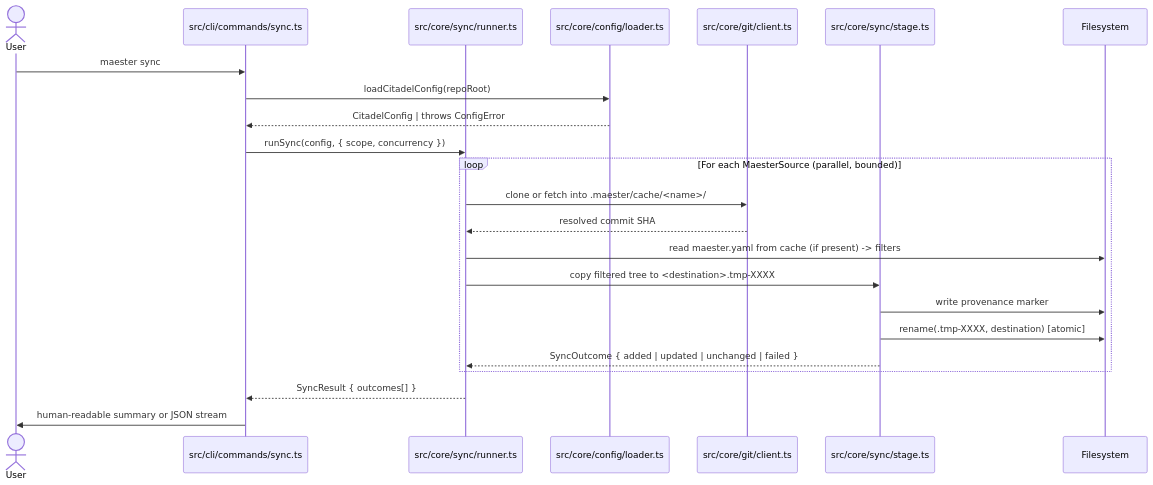
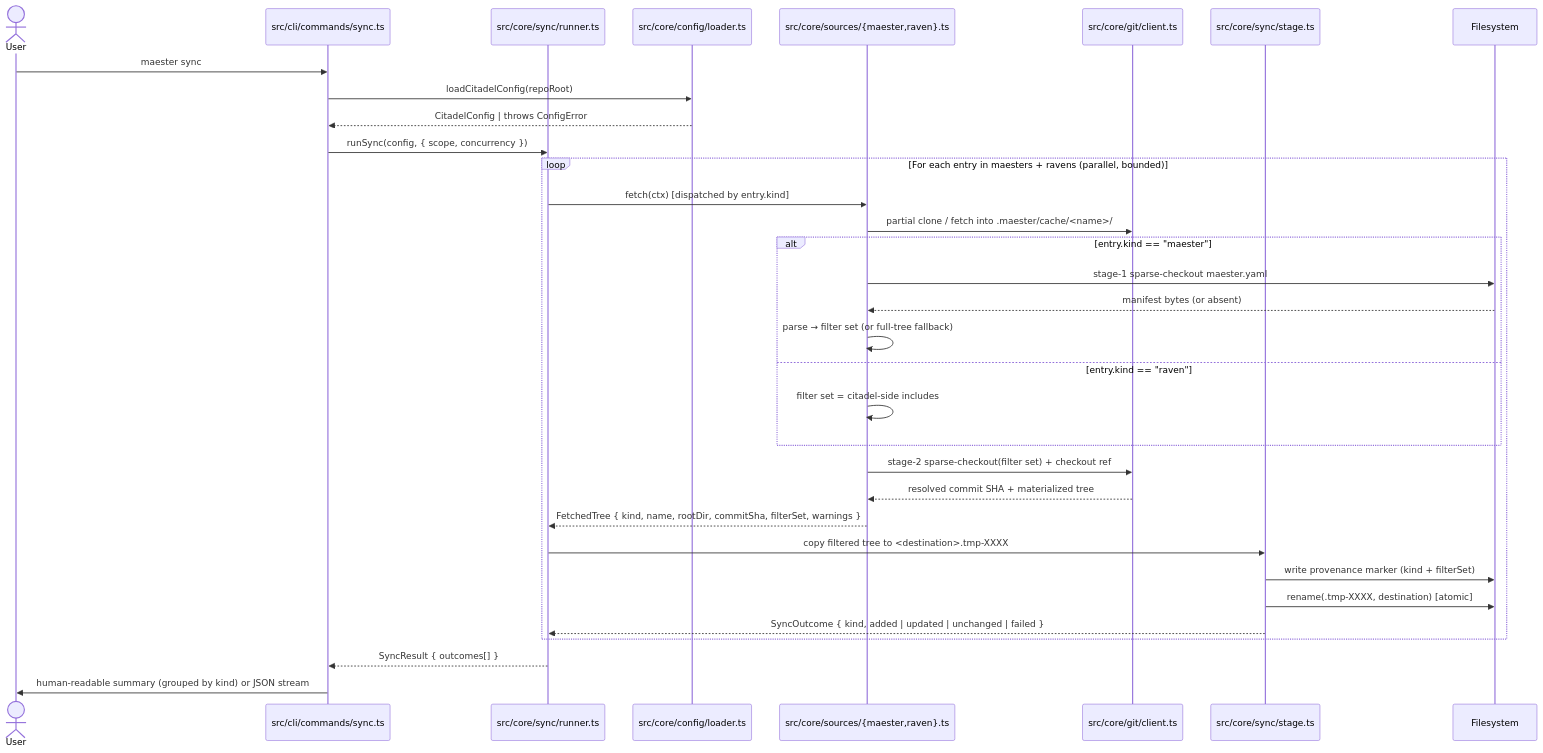
Before and after one commit to gballer77/maester: the second of 3 diagrams in gspec/architecture.md, drawn with Mermaid. The commit also changed other lines of this file and 4 other files, not shown here.

````diff
--- a/gspec/architecture.md
+++ b/gspec/architecture.md
@@ -374,26 +417,36 @@
 ```mermaid
 sequenceDiagram
     actor U as User
     participant CLI as src/cli/commands/sync.ts
     participant Runner as src/core/sync/runner.ts
     participant Loader as src/core/config/loader.ts
+    participant Fetcher as src/core/sources/{maester,raven}.ts
     participant Git as src/core/git/client.ts
     participant Stage as src/core/sync/stage.ts
     participant FS as Filesystem
 
     U->>CLI: maester sync
     CLI->>Loader: loadCitadelConfig(repoRoot)
     Loader-->>CLI: CitadelConfig | throws ConfigError
     CLI->>Runner: runSync(config, { scope, concurrency })
-    loop For each MaesterSource (parallel, bounded)
-        Runner->>Git: clone or fetch into .maester/cache/<name>/
-        Git-->>Runner: resolved commit SHA
-        Runner->>FS: read maester.yaml from cache (if present) -> filters
+    loop For each entry in maesters + ravens (parallel, bounded)
+        Runner->>Fetcher: fetch(ctx)  [dispatched by entry.kind]
+        Fetcher->>Git: partial clone / fetch into .maester/cache/<name>/
+        alt entry.kind == "maester"
+            Fetcher->>FS: stage-1 sparse-checkout maester.yaml
+            FS-->>Fetcher: manifest bytes (or absent)
+            Fetcher->>Fetcher: parse → filter set (or full-tree fallback)
+        else entry.kind == "raven"
+            Fetcher->>Fetcher: filter set = citadel-side includes
+        end
+        Fetcher->>Git: stage-2 sparse-checkout(filter set) + checkout ref
+        Git-->>Fetcher: resolved commit SHA + materialized tree
+        Fetcher-->>Runner: FetchedTree { kind, name, rootDir, commitSha, filterSet, warnings }
         Runner->>Stage: copy filtered tree to <destination>.tmp-XXXX
-        Stage->>FS: write provenance marker
+        Stage->>FS: write provenance marker (kind + filterSet)
         Stage->>FS: rename(.tmp-XXXX, destination) [atomic]
-        Stage-->>Runner: SyncOutcome { added | updated | unchanged | failed }
+        Stage-->>Runner: SyncOutcome { kind, added | updated | unchanged | failed }
     end
     Runner-->>CLI: SyncResult { outcomes[] }
-    CLI->>U: human-readable summary or JSON stream
+    CLI->>U: human-readable summary (grouped by kind) or JSON stream
 ```
````
